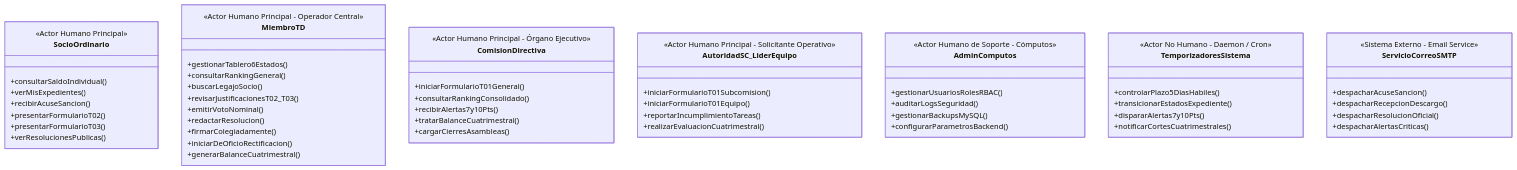
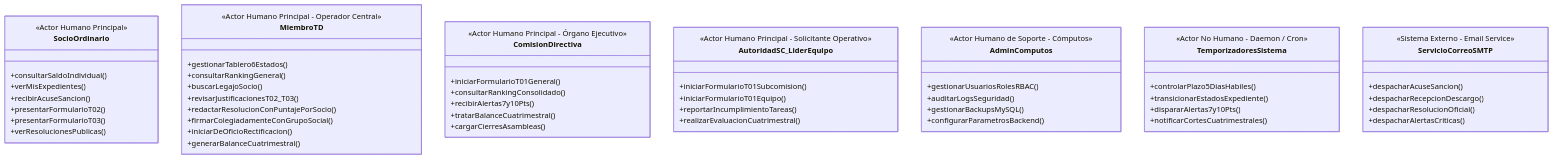
One commit to MartinG94/seminario-integrador changed the diagram in docs/analisis-proceso-actual/ACTORES_DEL_SISTEMA_SGD_AVEIT.md. Above: the diagram before and after it, drawn with Mermaid. The commit also changed other lines of this file and 7 other files, not shown here.

````diff
--- a/docs/analisis-proceso-actual/ACTORES_DEL_SISTEMA_SGD_AVEIT.md
+++ b/docs/analisis-proceso-actual/ACTORES_DEL_SISTEMA_SGD_AVEIT.md
@@ -45,68 +45,67 @@
 ```mermaid
 classDiagram
     direction TB
 
     class SocioOrdinario {
         <<Actor Humano Principal>>
         +consultarSaldoIndividual()
         +verMisExpedientes()
         +recibirAcuseSancion()
         +presentarFormularioT02()
         +presentarFormularioT03()
         +verResolucionesPublicas()
     }
 
     class MiembroTD {
         <<Actor Humano Principal - Operador Central>>
         +gestionarTablero6Estados()
         +consultarRankingGeneral()
         +buscarLegajoSocio()
         +revisarJustificacionesT02_T03()
-        +emitirVotoNominal()
-        +redactarResolucion()
-        +firmarColegiadamente()
+        +redactarResolucionConPuntajePorSocio()
+        +firmarColegiadamenteConGrupoSocial()
         +iniciarDeOficioRectificacion()
         +generarBalanceCuatrimestral()
     }
 
     class ComisionDirectiva {
         <<Actor Humano Principal - Órgano Ejecutivo>>
         +iniciarFormularioT01General()
         +consultarRankingConsolidado()
         +recibirAlertas7y10Pts()
         +tratarBalanceCuatrimestral()
         +cargarCierresAsambleas()
     }
 
     class AutoridadSC_LiderEquipo {
         <<Actor Humano Principal - Solicitante Operativo>>
         +iniciarFormularioT01Subcomision()
         +iniciarFormularioT01Equipo()
         +reportarIncumplimientoTareas()
         +realizarEvaluacionCuatrimestral()
     }
 
     class AdminComputos {
         <<Actor Humano de Soporte - Cómputos>>
         +gestionarUsuariosRolesRBAC()
         +auditarLogsSeguridad()
         +gestionarBackupsMySQL()
         +configurarParametrosBackend()
     }
 
     class TemporizadoresSistema {
         <<Actor No Humano - Daemon / Cron>>
         +controlarPlazo5DiasHabiles()
         +transicionarEstadosExpediente()
         +dispararAlertas7y10Pts()
         +notificarCortesCuatrimestrales()
     }
 
     class ServicioCorreoSMTP {
         <<Sistema Externo - Email Service>>
         +despacharAcuseSancion()
         +despacharRecepcionDescargo()
         +despacharResolucionOficial()
         +despacharAlertasCriticas()
     }
 ```
````
